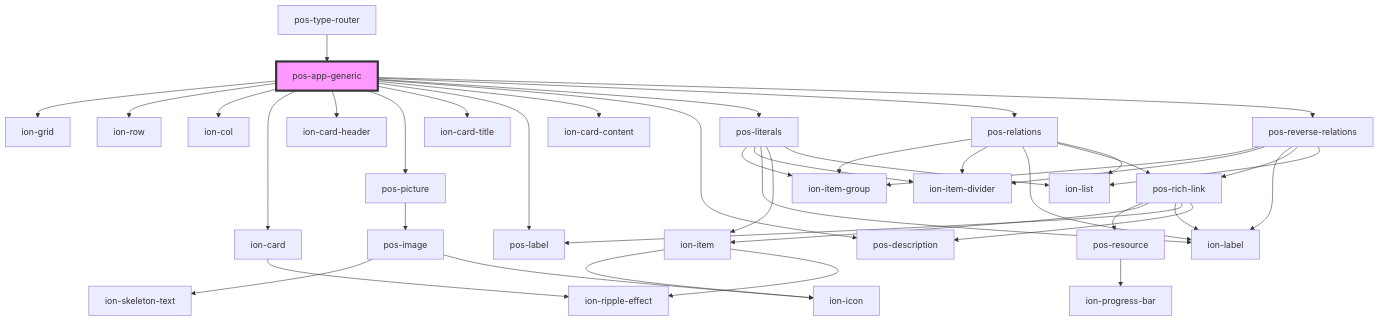
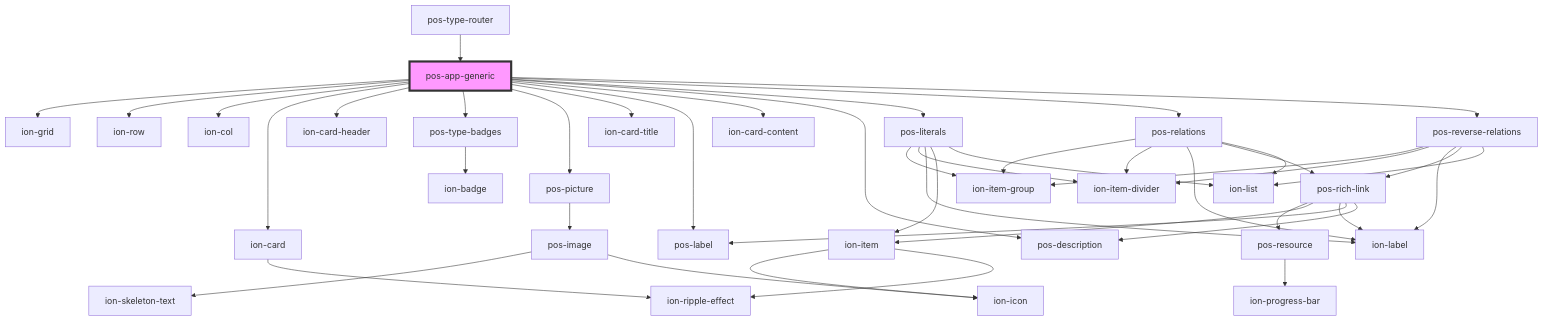
The diagram in docs/elements/apps/pos-app-generic/readme.md (pod-os/PodOS), drawn with Mermaid before and after one commit. The commit also changed other lines of this file and 12 other files, not shown here.

Commit message:
#3 feat: introduced pos-type-badges and add to apps

````diff
--- a/docs/elements/apps/pos-app-generic/readme.md
+++ b/docs/elements/apps/pos-app-generic/readme.md
@@ -31,45 +32,47 @@
 ```mermaid
 graph TD;
   pos-app-generic --> ion-grid
   pos-app-generic --> ion-row
   pos-app-generic --> ion-col
   pos-app-generic --> ion-card
   pos-app-generic --> ion-card-header
+  pos-app-generic --> pos-type-badges
   pos-app-generic --> pos-picture
   pos-app-generic --> ion-card-title
   pos-app-generic --> pos-label
   pos-app-generic --> ion-card-content
   pos-app-generic --> pos-description
   pos-app-generic --> pos-literals
   pos-app-generic --> pos-relations
   pos-app-generic --> pos-reverse-relations
   ion-card --> ion-ripple-effect
+  pos-type-badges --> ion-badge
   pos-picture --> pos-image
   pos-image --> ion-skeleton-text
   pos-image --> ion-icon
   pos-literals --> ion-item-group
   pos-literals --> ion-item-divider
   pos-literals --> ion-label
   pos-literals --> ion-item
   pos-literals --> ion-list
   ion-item --> ion-icon
   ion-item --> ion-ripple-effect
   pos-relations --> ion-item-group
   pos-relations --> ion-item-divider
   pos-relations --> ion-label
   pos-relations --> pos-rich-link
   pos-relations --> ion-list
   pos-rich-link --> pos-resource
   pos-rich-link --> ion-item
   pos-rich-link --> ion-label
   pos-rich-link --> pos-label
   pos-rich-link --> pos-description
   pos-resource --> ion-progress-bar
   pos-reverse-relations --> ion-item-group
   pos-reverse-relations --> ion-item-divider
   pos-reverse-relations --> ion-label
   pos-reverse-relations --> pos-rich-link
   pos-reverse-relations --> ion-list
   pos-type-router --> pos-app-generic
   style pos-app-generic fill:#f9f,stroke:#333,stroke-width:4px
 ```
````
